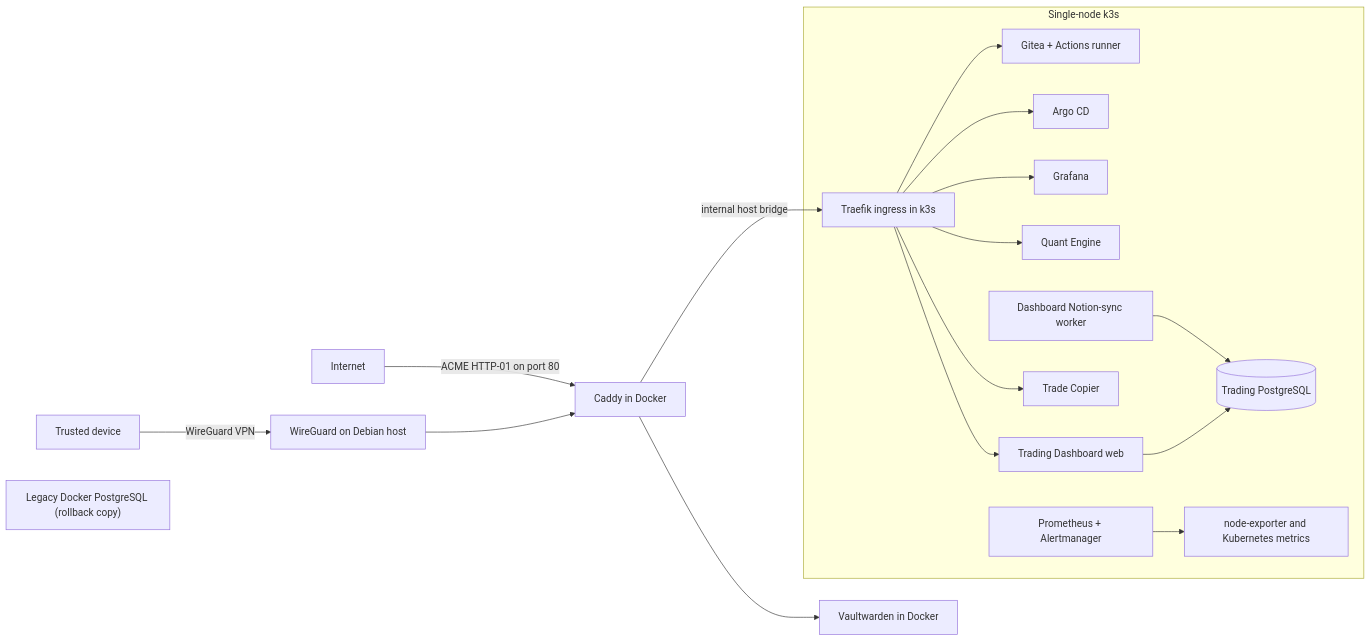
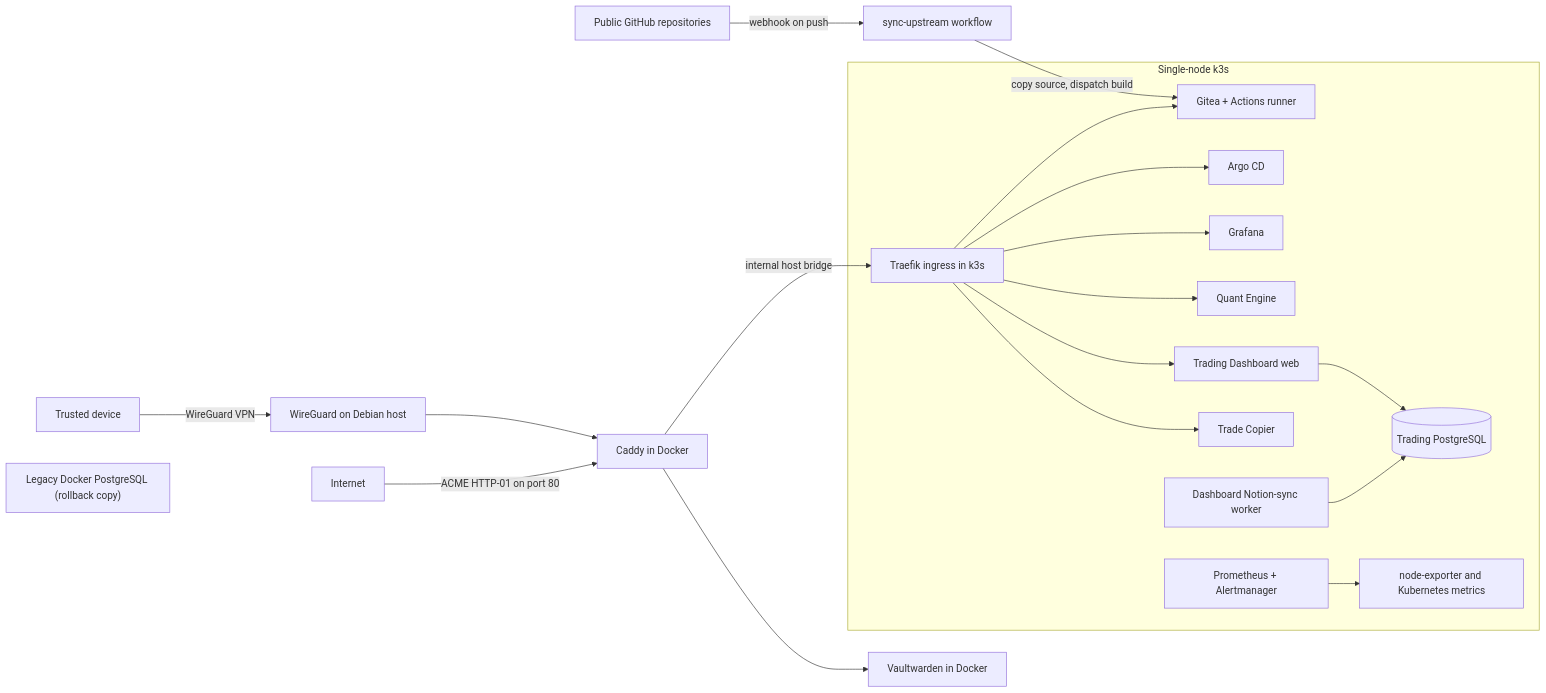
One commit to TristanGimm/self-hosted-kubernetes-infrastructure changed the diagram in diagrams/architecture.md. Above: the diagram before and after it, drawn with Mermaid. The commit also changed other lines of this file and 8 other files, not shown here.

````diff
--- a/diagrams/architecture.md
+++ b/diagrams/architecture.md
@@ -7,22 +7,25 @@
 ```mermaid
 flowchart LR
     Device["Trusted device"] -->|"WireGuard VPN"| WG["WireGuard on Debian host"]
     Internet["Internet"] -->|"ACME HTTP-01 on port 80"| Caddy["Caddy in Docker"]
     WG --> Caddy
     Caddy -->|"internal host bridge"| Traefik["Traefik ingress in k3s"]
 
     subgraph K3S["Single-node k3s"]
         Traefik --> Gitea["Gitea + Actions runner"]
         Traefik --> Argo["Argo CD"]
         Traefik --> Grafana["Grafana"]
         Traefik --> Quant["Quant Engine"]
         Traefik --> Dashboard["Trading Dashboard web"]
         Traefik --> Copier["Trade Copier"]
         Worker["Dashboard Notion-sync worker"] --> PG[("Trading PostgreSQL")]
         Dashboard --> PG
         Prom["Prometheus + Alertmanager"] --> Node["node-exporter and Kubernetes metrics"]
     end
 
+    GitHub["Public GitHub repositories"] -->|"webhook on push"| Sync["sync-upstream workflow"]
+    Sync -->|"copy source, dispatch build"| Gitea
+
     Caddy --> Vault["Vaultwarden in Docker"]
     LegacyDB["Legacy Docker PostgreSQL (rollback copy)"]
 ```
````
